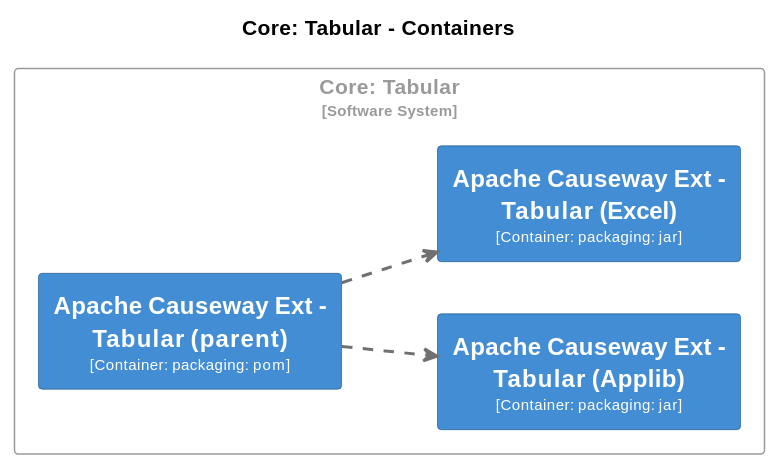
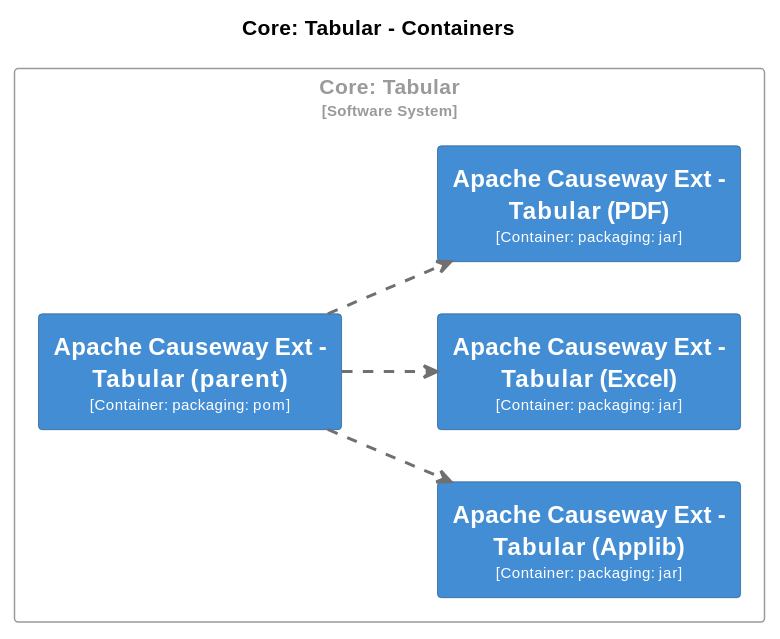
One commit to apache/causeway changed diagram 32 of 35 in core/adoc/modules/_overview/pages/about.adoc. Above: the diagram before and after it, drawn with PlantUML. The commit also changed other lines of this file and 43 other files, not shown here.

```diff
--- a/core/adoc/modules/_overview/pages/about.adoc
+++ b/core/adoc/modules/_overview/pages/about.adoc
@@ -6674,51 +6708,59 @@
 [plantuml,Core~ Tabular,svg]
 ----
 @startuml
 set separator none
 title Core: Tabular - Containers
 
 left to right direction
 
 skinparam {
   arrowFontSize 10
   defaultTextAlignment center
   wrapWidth 200
   maxMessageSize 100
 }
 
 hide stereotype
 
 skinparam rectangle<<CoreTabular.ApacheCausewayExtTabularApplib>> {
   BackgroundColor #438dd5
   FontColor #fffffe
   BorderColor #2e6295
   shadowing false
 }
 skinparam rectangle<<CoreTabular.ApacheCausewayExtTabularExcel>> {
   BackgroundColor #438dd5
   FontColor #fffffe
   BorderColor #2e6295
   shadowing false
 }
+skinparam rectangle<<CoreTabular.ApacheCausewayExtTabularPDF>> {
+  BackgroundColor #438dd5
+  FontColor #fffffe
+  BorderColor #2e6295
+  shadowing false
+}
 skinparam rectangle<<CoreTabular.ApacheCausewayExtTabularparent>> {
   BackgroundColor #438dd5
   FontColor #fffffe
   BorderColor #2e6295
   shadowing false
 }
 skinparam rectangle<<CoreTabular>> {
   BorderColor #9a9a9a
   FontColor #9a9a9a
   shadowing false
 }
 
 rectangle "Core: Tabular\n<size:10>[Software System]</size>" <<CoreTabular>> {
   rectangle "==Apache Causeway Ext - Tabular (parent)\n<size:10>[Container: packaging: pom]</size>" <<CoreTabular.ApacheCausewayExtTabularparent>> as CoreTabular.ApacheCausewayExtTabularparent
   rectangle "==Apache Causeway Ext - Tabular (Applib)\n<size:10>[Container: packaging: jar]</size>" <<CoreTabular.ApacheCausewayExtTabularApplib>> as CoreTabular.ApacheCausewayExtTabularApplib
   rectangle "==Apache Causeway Ext - Tabular (Excel)\n<size:10>[Container: packaging: jar]</size>" <<CoreTabular.ApacheCausewayExtTabularExcel>> as CoreTabular.ApacheCausewayExtTabularExcel
+  rectangle "==Apache Causeway Ext - Tabular (PDF)\n<size:10>[Container: packaging: jar]</size>" <<CoreTabular.ApacheCausewayExtTabularPDF>> as CoreTabular.ApacheCausewayExtTabularPDF
 }
 
 CoreTabular.ApacheCausewayExtTabularparent .[#707070,thickness=2].> CoreTabular.ApacheCausewayExtTabularApplib : "<color:#707070>"
 CoreTabular.ApacheCausewayExtTabularparent .[#707070,thickness=2].> CoreTabular.ApacheCausewayExtTabularExcel : "<color:#707070>"
+CoreTabular.ApacheCausewayExtTabularparent .[#707070,thickness=2].> CoreTabular.ApacheCausewayExtTabularPDF : "<color:#707070>"
 @enduml
 ----
```
